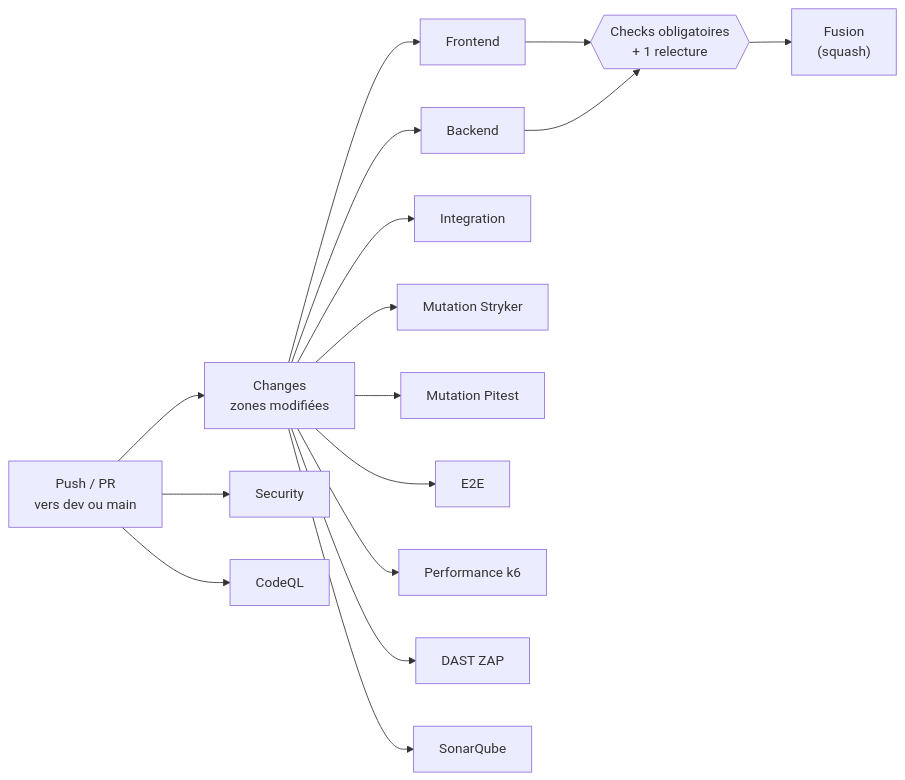
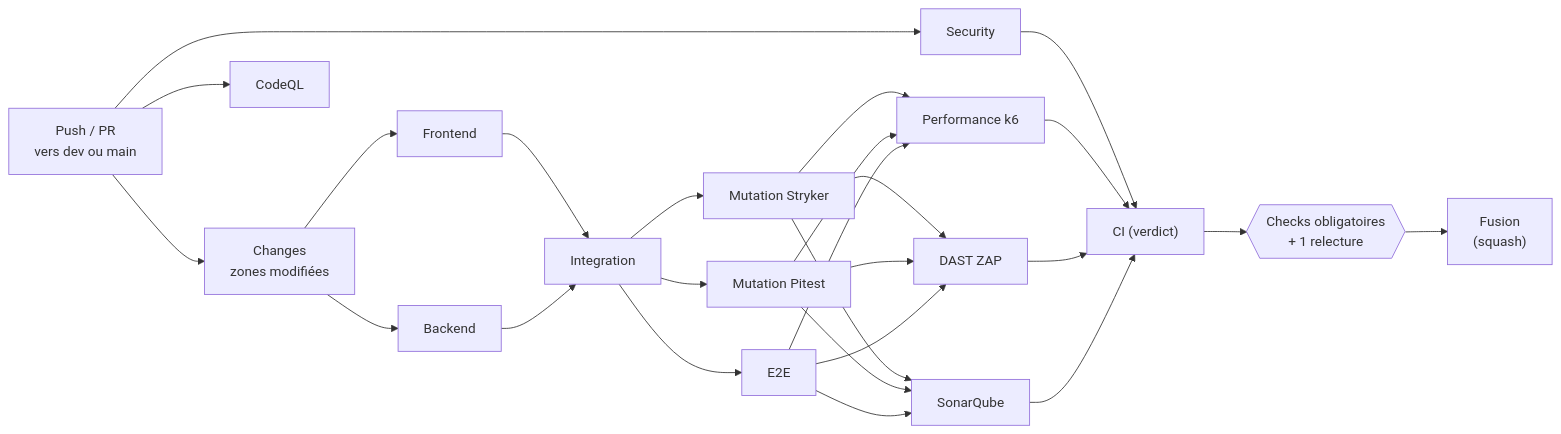
Before and after one commit to Antoine-Ferron/tiki-gaming: the diagram in docs/ci.md, drawn with Mermaid. The commit also changed other lines of this file and 1 other file, not shown here.

````diff
--- a/docs/ci.md
+++ b/docs/ci.md
@@ -11,17 +11,18 @@
 ```mermaid
 flowchart LR
     PUSH["Push / PR<br/>vers dev ou main"] --> CH["Changes<br/>zones modifiées"]
     PUSH --> SEC["Security"]
     PUSH --> CQ["CodeQL"]
     CH --> FE["Frontend"]
     CH --> BE["Backend"]
-    CH --> IT["Integration"]
-    CH --> MF["Mutation Stryker"]
-    CH --> MB["Mutation Pitest"]
-    CH --> E2E["E2E"]
-    CH --> PERF["Performance k6"]
-    CH --> DAST["DAST ZAP"]
-    CH --> SQ["SonarQube"]
-    FE & BE --> GATE{{"Checks obligatoires<br/>+ 1 relecture"}}
+    FE & BE --> IT["Integration"]
+    IT --> MF["Mutation Stryker"]
+    IT --> MB["Mutation Pitest"]
+    IT --> E2E["E2E"]
+    MF & MB & E2E --> PERF["Performance k6"]
+    MF & MB & E2E --> DAST["DAST ZAP"]
+    MF & MB & E2E --> SQ["SonarQube"]
+    SEC & PERF & DAST & SQ --> V["CI (verdict)"]
+    V --> GATE{{"Checks obligatoires<br/>+ 1 relecture"}}
     GATE --> MERGE["Fusion<br/>(squash)"]
 ```
````
